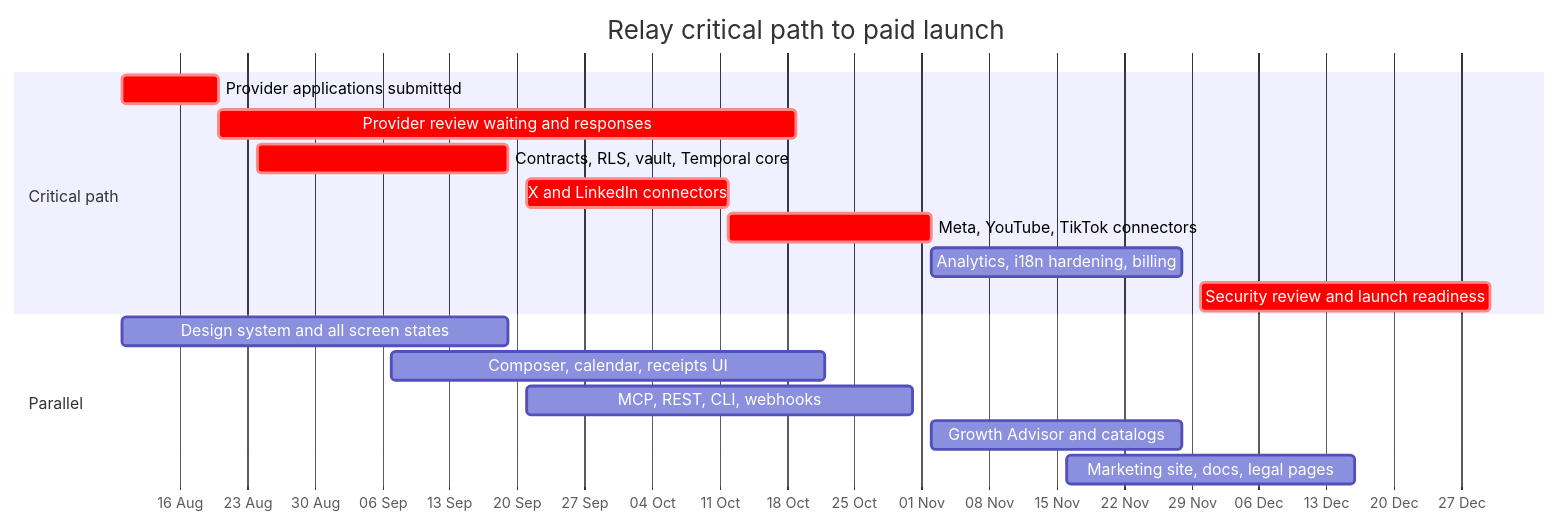
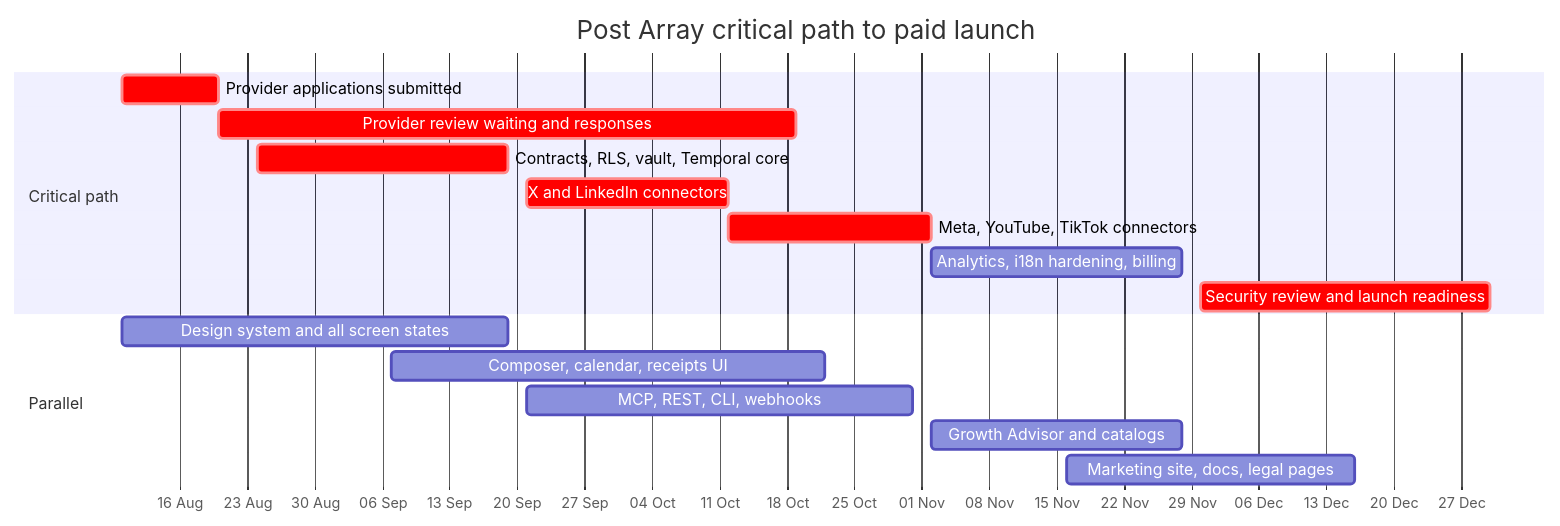
The diagram in docs/planning/00-executive-master-plan.md (VinD22/postarray), drawn with Mermaid before and after one commit. The commit also changed other lines of this file and 59 other files, not shown here.

````diff
--- a/docs/planning/00-executive-master-plan.md
+++ b/docs/planning/00-executive-master-plan.md
@@ -450,20 +450,20 @@
 ```mermaid
 gantt
     dateFormat YYYY-MM-DD
     axisFormat %d %b
-    title Relay critical path to paid launch
+    title Post Array critical path to paid launch
     section Critical path
     Provider applications submitted        :crit, p0a, 2026-08-10, 10d
     Provider review waiting and responses  :crit, p0b, after p0a, 60d
     Contracts, RLS, vault, Temporal core   :crit, p1,  2026-08-24, 26d
     X and LinkedIn connectors              :crit, p2a, 2026-09-21, 21d
     Meta, YouTube, TikTok connectors       :crit, p2b, after p2a, 21d
     Analytics, i18n hardening, billing     :        p3,  2026-11-02, 26d
     Security review and launch readiness   :crit, p4,  2026-11-30, 30d
     section Parallel
     Design system and all screen states    :        d1,  2026-08-10, 40d
     Composer, calendar, receipts UI        :        d2,  2026-09-07, 45d
     MCP, REST, CLI, webhooks               :        d3,  2026-09-21, 40d
     Growth Advisor and catalogs            :        d4,  2026-11-02, 26d
     Marketing site, docs, legal pages      :        d5,  2026-11-16, 30d
 ```
````
